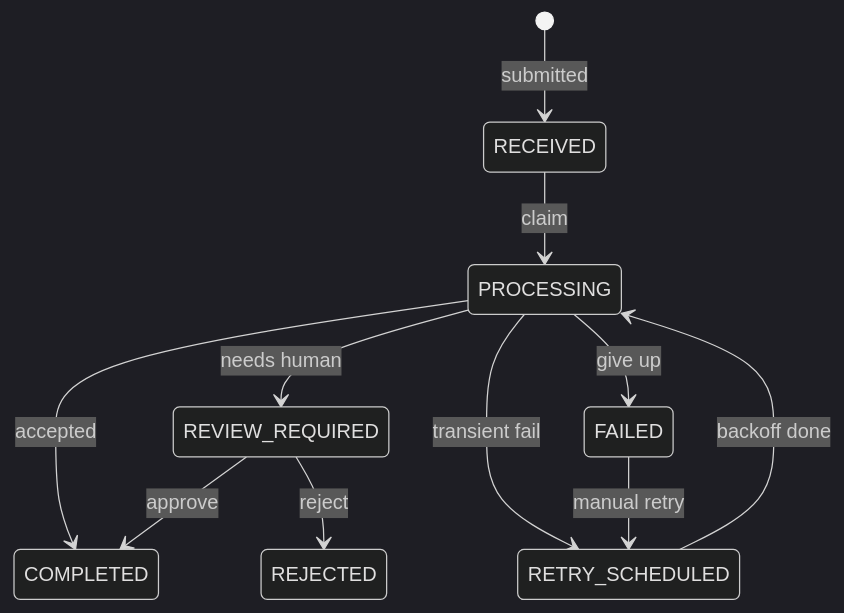
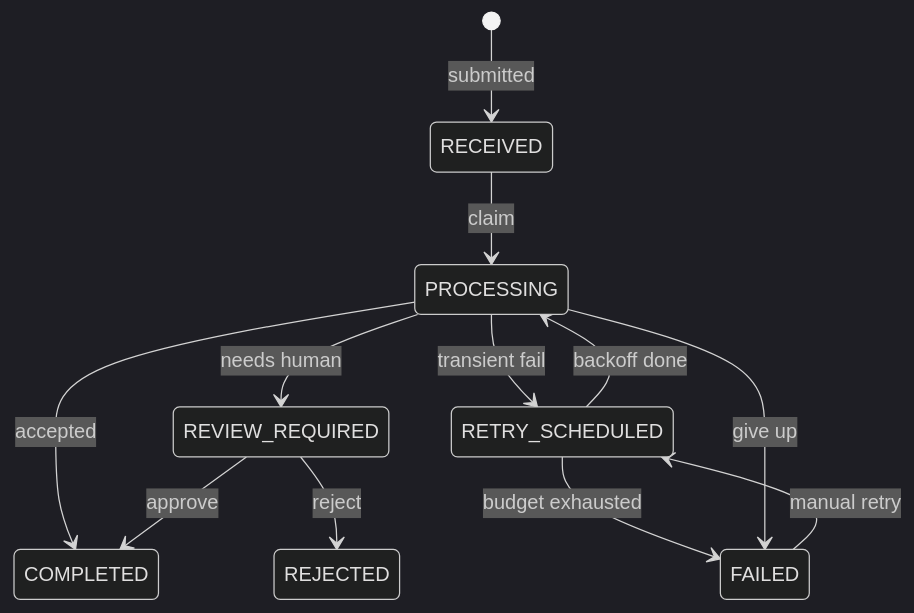
Before and after one commit to Ferbmp/doc-processing: the second of 2 diagrams in README.md, drawn with Mermaid (dark theme). The commit also changed other lines of this file, not shown here.

First line of the commit message:
Correct the README diagrams to match the real state map and read paths.

````diff
--- a/README.md
+++ b/README.md
@@ -162,13 +163,14 @@
 ```mermaid
 stateDiagram-v2
     [*] --> RECEIVED: submitted
     RECEIVED --> PROCESSING: claim
     PROCESSING --> COMPLETED: accepted
     PROCESSING --> REVIEW_REQUIRED: needs human
     PROCESSING --> RETRY_SCHEDULED: transient fail
     RETRY_SCHEDULED --> PROCESSING: backoff done
+    RETRY_SCHEDULED --> FAILED: budget exhausted
     PROCESSING --> FAILED: give up
     REVIEW_REQUIRED --> COMPLETED: approve
     REVIEW_REQUIRED --> REJECTED: reject
     FAILED --> RETRY_SCHEDULED: manual retry
 ```
````
